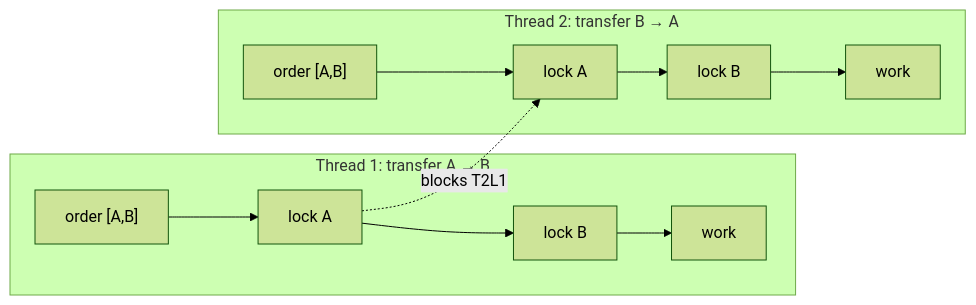
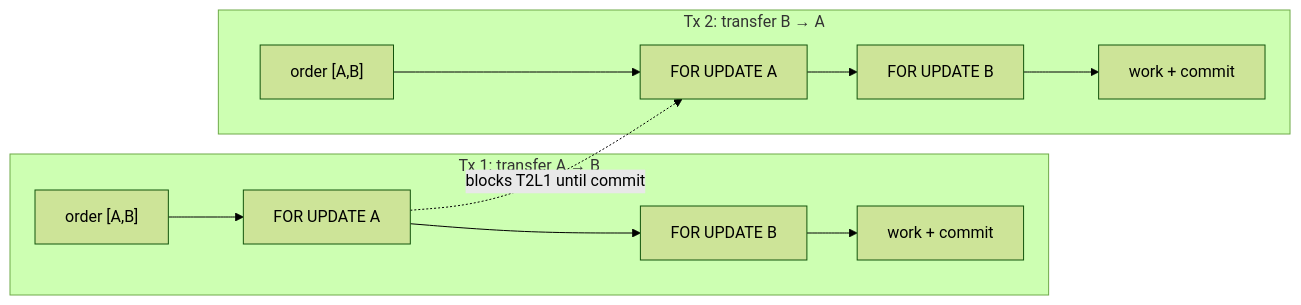
The sixth of 7 diagrams in doc/operation-flows.md (ngaikkeung/firstcircle-banking), drawn with Mermaid (forest theme) before and after one commit. The commit also changed other lines of this file and 33 other files, not shown here.

````diff
--- a/doc/operation-flows.md
+++ b/doc/operation-flows.md
@@ -151,15 +164,15 @@
 ```mermaid
 flowchart LR
-    subgraph T1["Thread 1: transfer A → B"]
-        T1A["order [A,B]"] --> T1L1["lock A"]
-        T1L1 --> T1L2["lock B"]
-        T1L2 --> T1W["work"]
+    subgraph T1["Tx 1: transfer A → B"]
+        T1A["order [A,B]"] --> T1L1["FOR UPDATE A"]
+        T1L1 --> T1L2["FOR UPDATE B"]
+        T1L2 --> T1W["work + commit"]
     end
-    subgraph T2["Thread 2: transfer B → A"]
-        T2A["order [A,B]"] --> T2L1["lock A"]
-        T2L1 --> T2L2["lock B"]
-        T2L2 --> T2W["work"]
+    subgraph T2["Tx 2: transfer B → A"]
+        T2A["order [A,B]"] --> T2L1["FOR UPDATE A"]
+        T2L1 --> T2L2["FOR UPDATE B"]
+        T2L2 --> T2W["work + commit"]
     end
 
-    T1L1 -.->|blocks T2L1| T2L1
+    T1L1 -.->|blocks T2L1 until commit| T2L1
 ```
````
